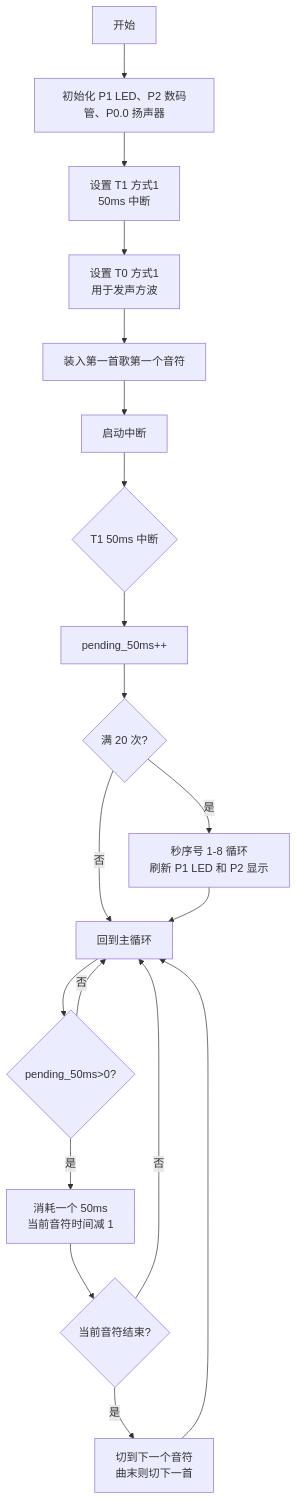
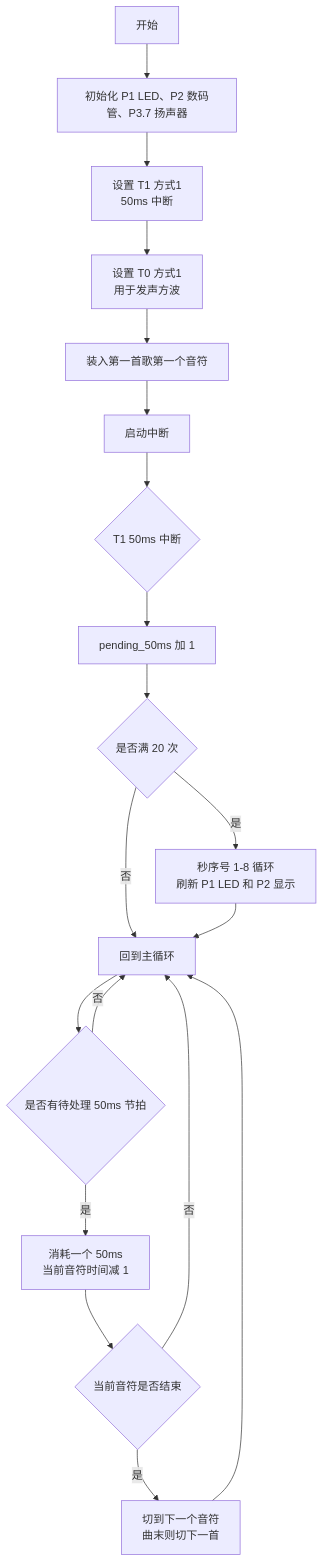
One commit to Travor278/Microcontrollers-and-Embedded-Systems changed the fifth of 5 diagrams in EX3/Paper/实验三算法流程图_mermaid.md. Above: the diagram before and after it, drawn with Mermaid. The commit also changed other lines of this file and 101 other files, not shown here.

````diff
--- a/EX3/Paper/实验三算法流程图_mermaid.md
+++ b/EX3/Paper/实验三算法流程图_mermaid.md
@@ -60,21 +60,21 @@
 ```mermaid
 flowchart TD
-    A[开始] --> B[初始化 P1 LED、P2 数码管、P0.0 扬声器]
-    B --> C[设置 T1 方式1<br/>50ms 中断]
-    C --> D[设置 T0 方式1<br/>用于发声方波]
-    D --> E[装入第一首歌第一个音符]
-    E --> F[启动中断]
-    F --> G{T1 50ms 中断}
-    G --> H[pending_50ms++]
-    H --> I{满 20 次?}
-    I -- 是 --> J[秒序号 1-8 循环<br/>刷新 P1 LED 和 P2 显示]
-    I -- 否 --> K[回到主循环]
+    A["开始"] --> B["初始化 P1 LED、P2 数码管、P3.7 扬声器"]
+    B --> C["设置 T1 方式1<br/>50ms 中断"]
+    C --> D["设置 T0 方式1<br/>用于发声方波"]
+    D --> E["装入第一首歌第一个音符"]
+    E --> F["启动中断"]
+    F --> G{"T1 50ms 中断"}
+    G --> H["pending_50ms 加 1"]
+    H --> I{"是否满 20 次"}
+    I -- 是 --> J["秒序号 1-8 循环<br/>刷新 P1 LED 和 P2 显示"]
+    I -- 否 --> K["回到主循环"]
     J --> K
-    K --> L{pending_50ms>0?}
-    L -- 是 --> M[消耗一个 50ms<br/>当前音符时间减 1]
-    M --> N{当前音符结束?}
-    N -- 是 --> O[切到下一个音符<br/>曲末则切下一首]
+    K --> L{"是否有待处理 50ms 节拍"}
+    L -- 是 --> M["消耗一个 50ms<br/>当前音符时间减 1"]
+    M --> N{"当前音符是否结束"}
+    N -- 是 --> O["切到下一个音符<br/>曲末则切下一首"]
     N -- 否 --> K
     O --> K
     L -- 否 --> K
 ```
````
